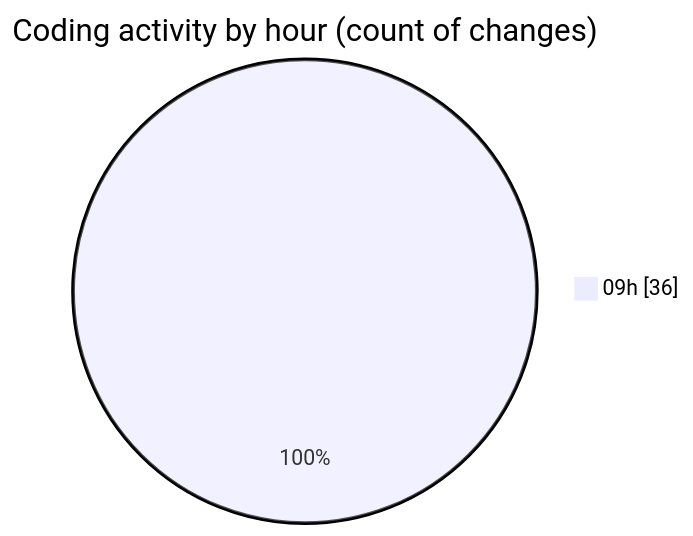
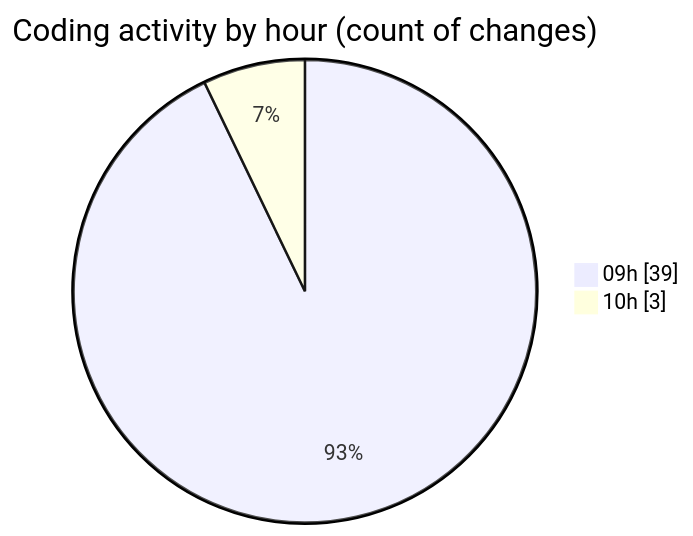
One commit to momahboobian/code-tracking changed the second of 2 diagrams in 2025-03-04/cda/README.md. Above: the diagram before and after it, drawn with Mermaid. The commit also changed other lines of this file and 1 other file, not shown here.

````diff
--- a/2025-03-04/cda/README.md
+++ b/2025-03-04/cda/README.md
@@ -32,5 +32,6 @@
 ```mermaid
 pie showData
 title Coding activity by hour (count of changes)
-"09h" : 36
+"09h" : 39
+"10h" : 3
 ```
````
